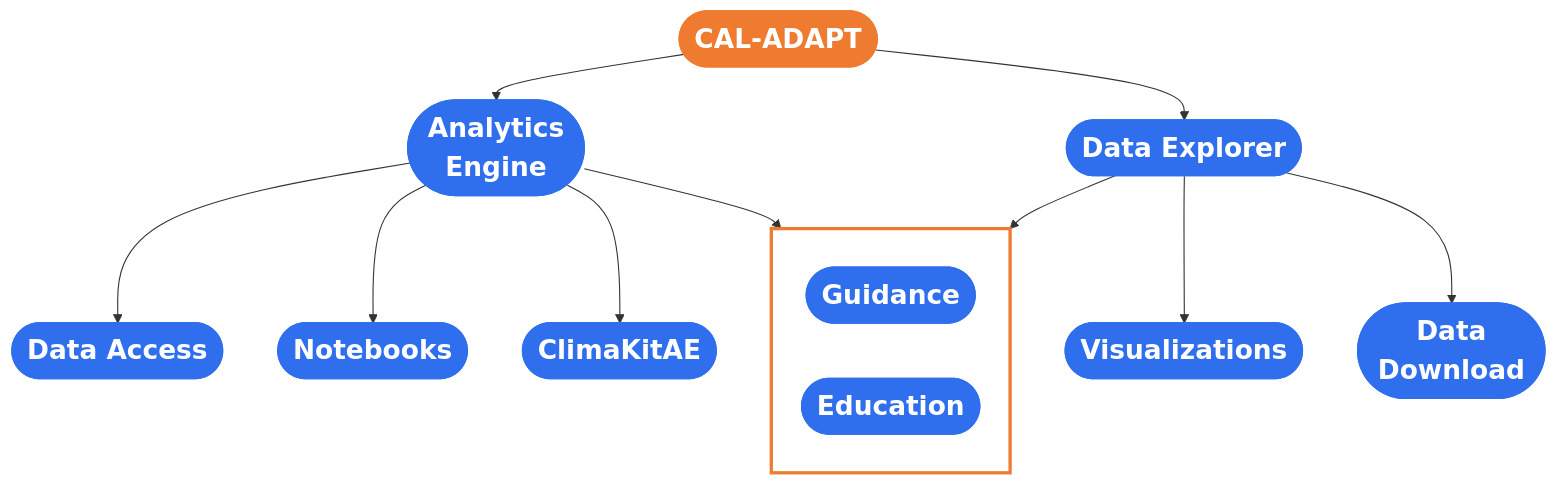
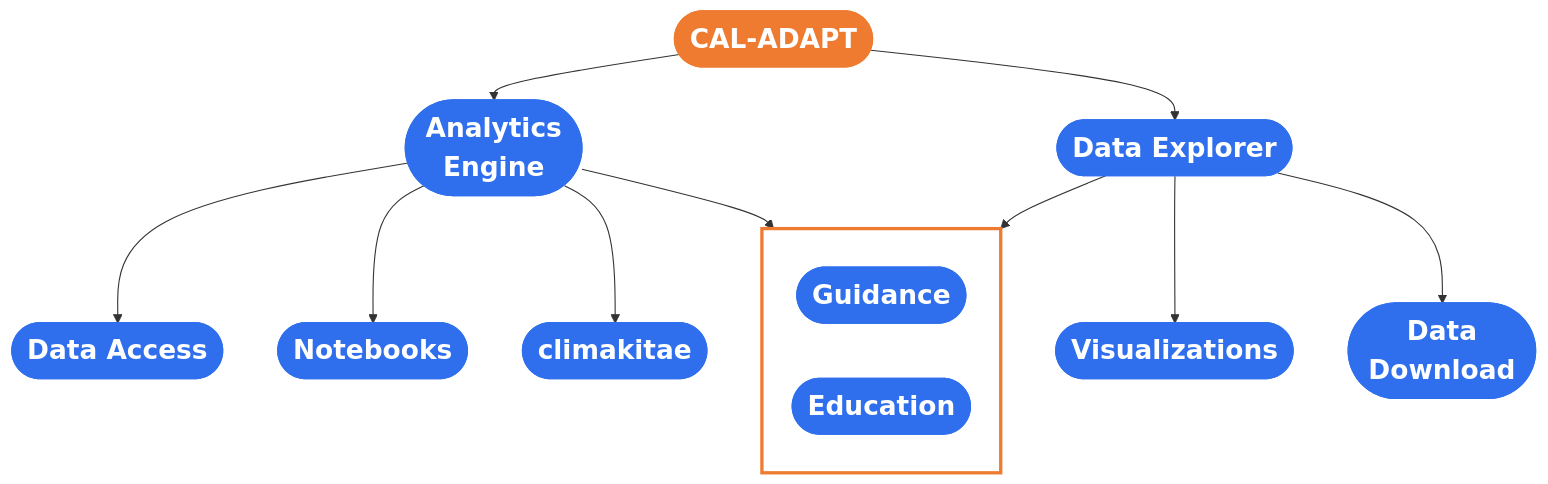
Before and after one commit to cal-adapt/cal-adapt-guidance: the diagram in about/our-project.qmd, drawn with Mermaid. The commit also changed 17 other files, not shown here.

````diff
--- a/about/our-project.qmd
+++ b/about/our-project.qmd
@@ -12,35 +12,35 @@
 ```{mermaid}
 %%{init: {'flowchart': {'rankSpacing': 30}}}%%
 flowchart TD
     ROOT(["<span style='font-size:24px'>CAL-ADAPT</span>"])
     AE(["<span style='font-size:24px'>Analytics<br>Engine</span>"])
     DE(["<span style='font-size:24px'>Data Explorer</span>"])
     DA(["<span style='font-size:24px'>Data Access</span>"])
     NB(["<span style='font-size:24px'>Notebooks</span>"])
-    CK(["<span style='font-size:24px'>ClimaKitAE</span>"])
+    CK(["<span style='font-size:24px'>climakitae</span>"])
     VZ(["<span style='font-size:24px'>Visualizations</span>"])
     DD(["<span style='font-size:24px'>Data<br>Download</span>"])
 
     subgraph HIGHLIGHT [ ]
         direction LR
         GU(["<span style='font-size:24px'>Guidance</span>"])
         ED(["<span style='font-size:24px'>Education</span>"])
     end
 
     ROOT --> AE
     ROOT --> DE
     AE --> DA
     AE --> NB
     AE --> CK
     AE --> GU
     DE --> ED
     DE --> VZ
     DE --> DD
 
     classDef root fill:#EE7B30,stroke:#EE7B30,color:#ffffff,font-weight:bold
     classDef node fill:#2F6FED,stroke:#2F6FED,color:#ffffff
 
     class ROOT root
     class AE,DE,DA,NB,CK,GU,ED,VZ,DD node
     style HIGHLIGHT fill:none,stroke:#EE7B30,stroke-width:3px
 ```
````
